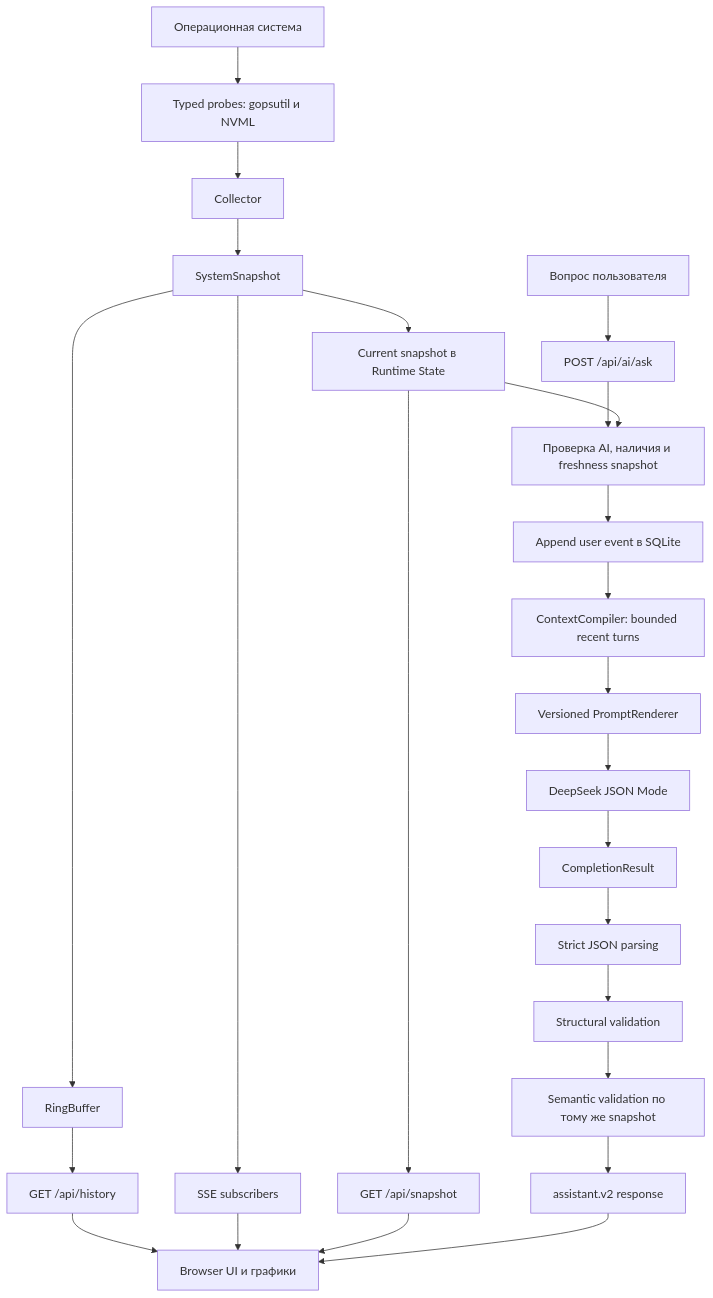
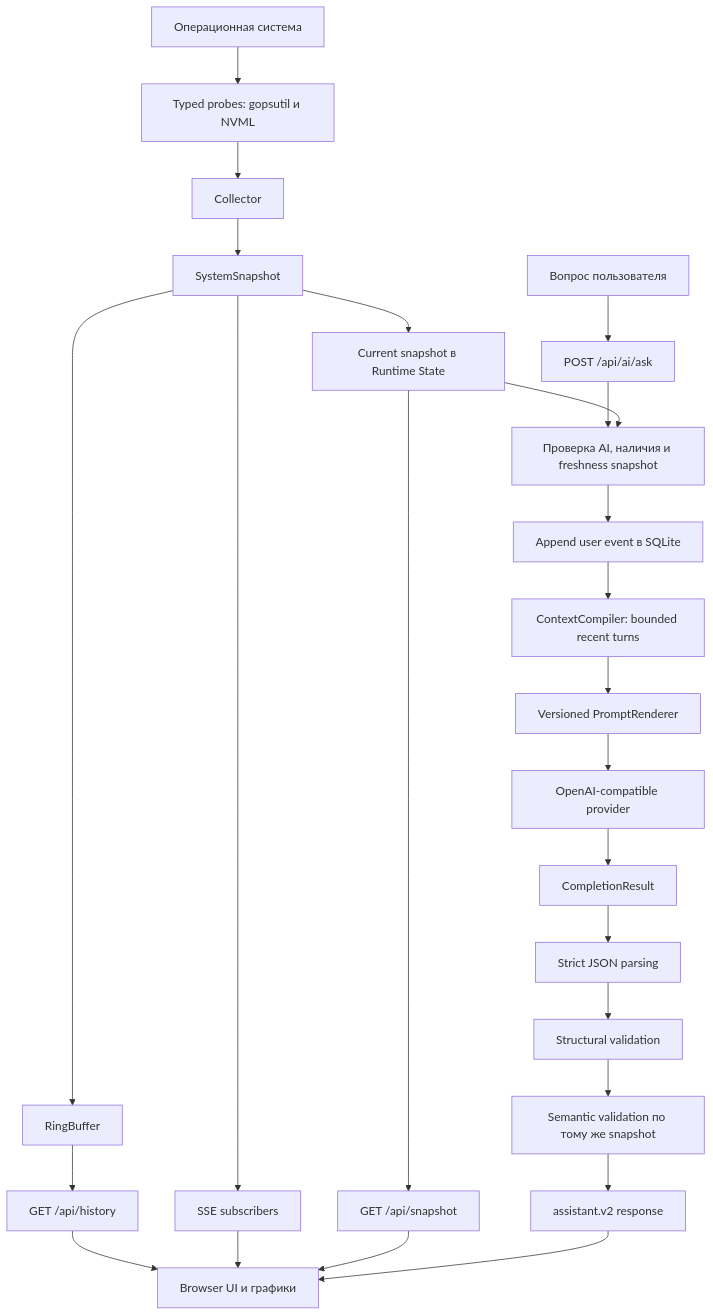
One commit to eugesmt/os-resource-monitor-ai changed the first of 7 diagrams in README.md. Above: the diagram before and after it, drawn with Mermaid. The commit also changed other lines of this file and 52 other files, not shown here.

````diff
--- a/README.md
+++ b/README.md
@@ -82,30 +218,30 @@
 ```mermaid
 flowchart TD
     OS["Операционная система"] --> P["Typed probes: gopsutil и NVML"]
     P --> C["Collector"]
     C --> S["SystemSnapshot"]
 
     S --> CS["Current snapshot в Runtime State"]
     S --> RB["RingBuffer"]
     S --> SSE["SSE subscribers"]
 
     RB --> H["GET /api/history"]
     H --> UI["Browser UI и графики"]
     SSE --> UI
     CS --> SNAP["GET /api/snapshot"]
     SNAP --> UI
 
     U["Вопрос пользователя"] --> ASK["POST /api/ai/ask"]
     ASK --> FRESH["Проверка AI, наличия и freshness snapshot"]
     CS --> FRESH
     FRESH --> LOG["Append user event в SQLite"]
     LOG --> CC["ContextCompiler: bounded recent turns"]
     CC --> PR["Versioned PromptRenderer"]
-    PR --> DS["DeepSeek JSON Mode"]
-    DS --> CR["CompletionResult"]
+    PR --> PROVIDER["OpenAI-compatible provider"]
+    PROVIDER --> CR["CompletionResult"]
     CR --> PARSE["Strict JSON parsing"]
     PARSE --> STRUCT["Structural validation"]
     STRUCT --> SEM["Semantic validation по тому же snapshot"]
     SEM --> D["assistant.v2 response"]
     D --> UI
 ```
````
